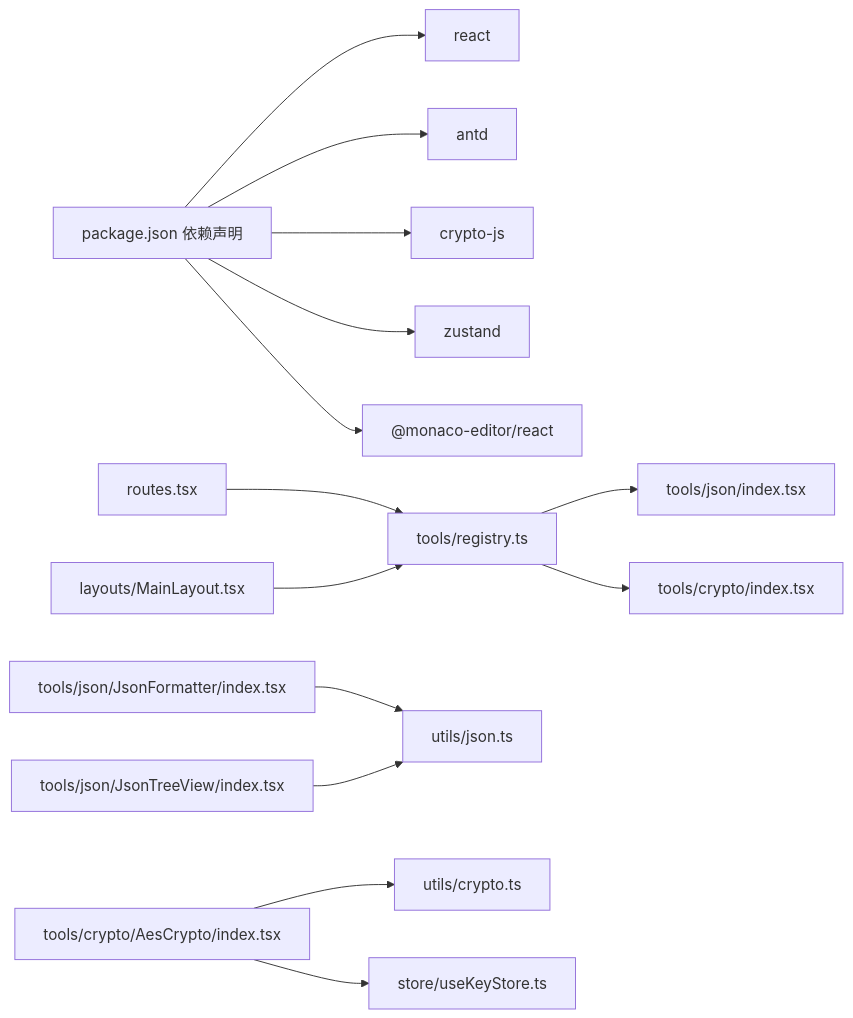
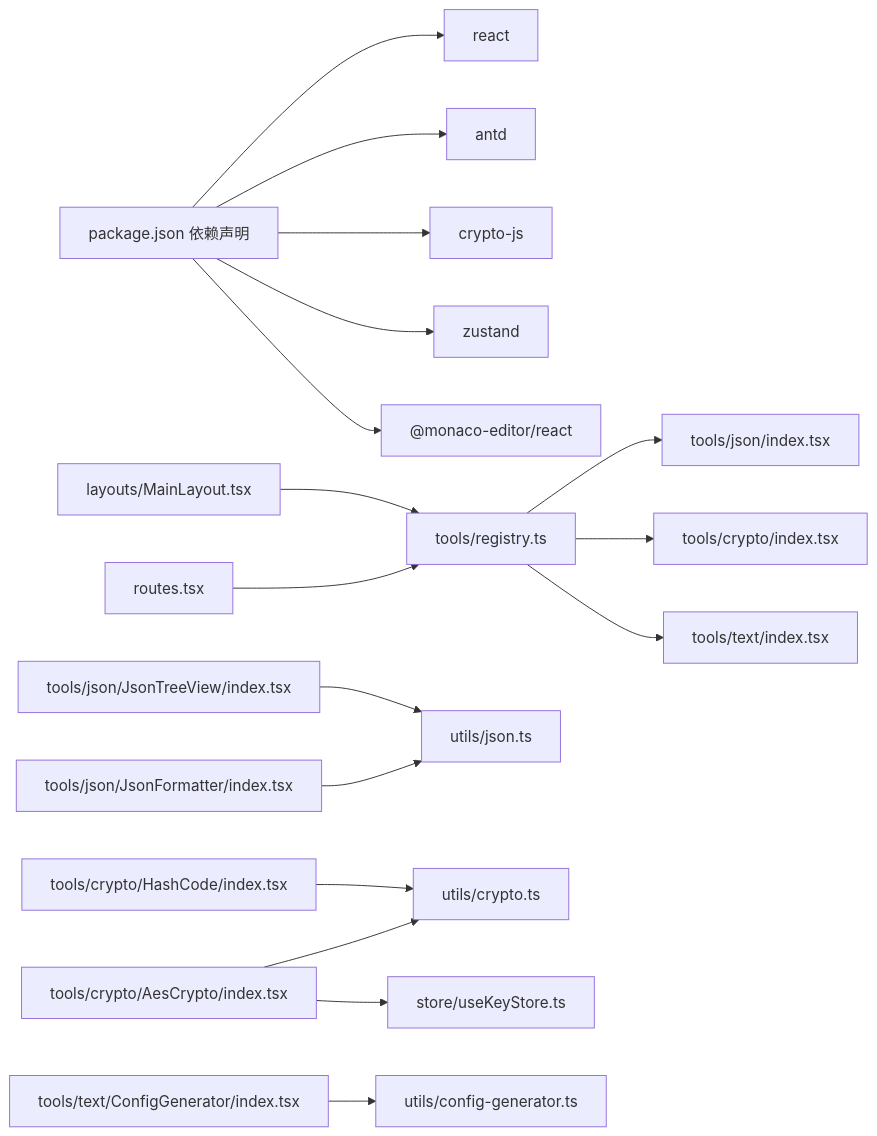
Before and after one commit to xkdaq/XKUtil: the ninth of 9 diagrams in .qoder/repowiki/zh/content/工具系统.md, drawn with Mermaid. The commit also changed other lines of this file and 81 other files, not shown here.

````diff
--- a/.qoder/repowiki/zh/content/工具系统.md
+++ b/.qoder/repowiki/zh/content/工具系统.md
@@ -309,16 +376,19 @@
 ```mermaid
 graph LR
 Package["package.json 依赖声明"] --> React["react"]
 Package --> Antd["antd"]
 Package --> CryptoJS["crypto-js"]
 Package --> Zustand["zustand"]
 Package --> Monaco["@monaco-editor/react"]
 Registry["tools/registry.ts"] --> JsonTools["tools/json/index.tsx"]
 Registry --> CryptoTools["tools/crypto/index.tsx"]
+Registry --> TextTools["tools/text/index.tsx"]
 Routes["routes.tsx"] --> Registry
 Layout["layouts/MainLayout.tsx"] --> Registry
 JsonFormatter["tools/json/JsonFormatter/index.tsx"] --> JsonUtils["utils/json.ts"]
 JsonTreeView["tools/json/JsonTreeView/index.tsx"] --> JsonUtils
 AesCrypto["tools/crypto/AesCrypto/index.tsx"] --> CryptoUtils["utils/crypto.ts"]
 AesCrypto --> KeyStore["store/useKeyStore.ts"]
+HashCode["tools/crypto/HashCode/index.tsx"] --> CryptoUtils
+ConfigGenerator["tools/text/ConfigGenerator/index.tsx"] --> ConfigUtils["utils/config-generator.ts"]
 ```
````
